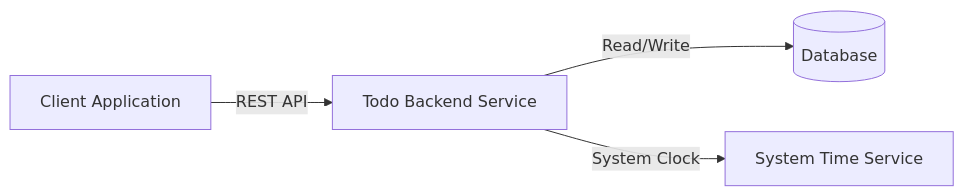
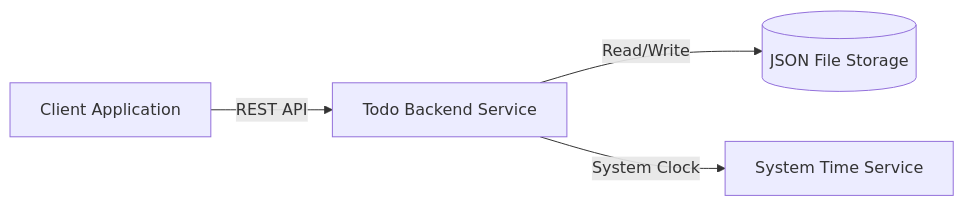
Before and after one commit to midearth-labs/web-agent-protocol: the first of 11 diagrams in todo-app/docs/design/hld.md, drawn with Mermaid. The commit also changed other lines of this file and 5 other files, not shown here.

````diff
--- a/todo-app/docs/design/hld.md
+++ b/todo-app/docs/design/hld.md
@@ -19,6 +19,6 @@
 ```mermaid
 graph LR
     Client[Client Application] -->|REST API| Backend[Todo Backend Service]
-    Backend -->|Read/Write| DB[(Database)]
+    Backend -->|Read/Write| FS[(JSON File Storage)]
     Backend -->|System Clock| Time[System Time Service]
 ```
````
